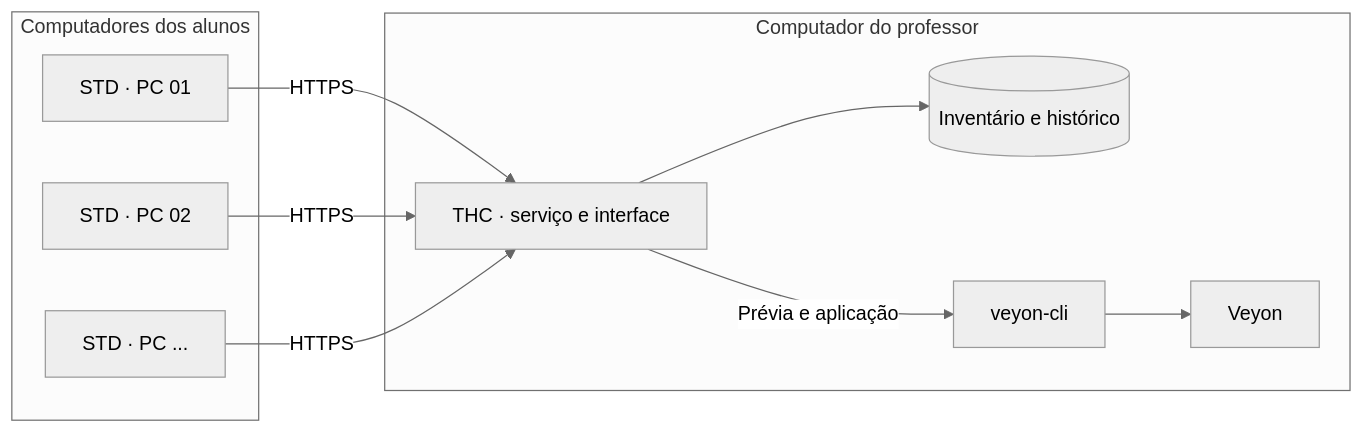
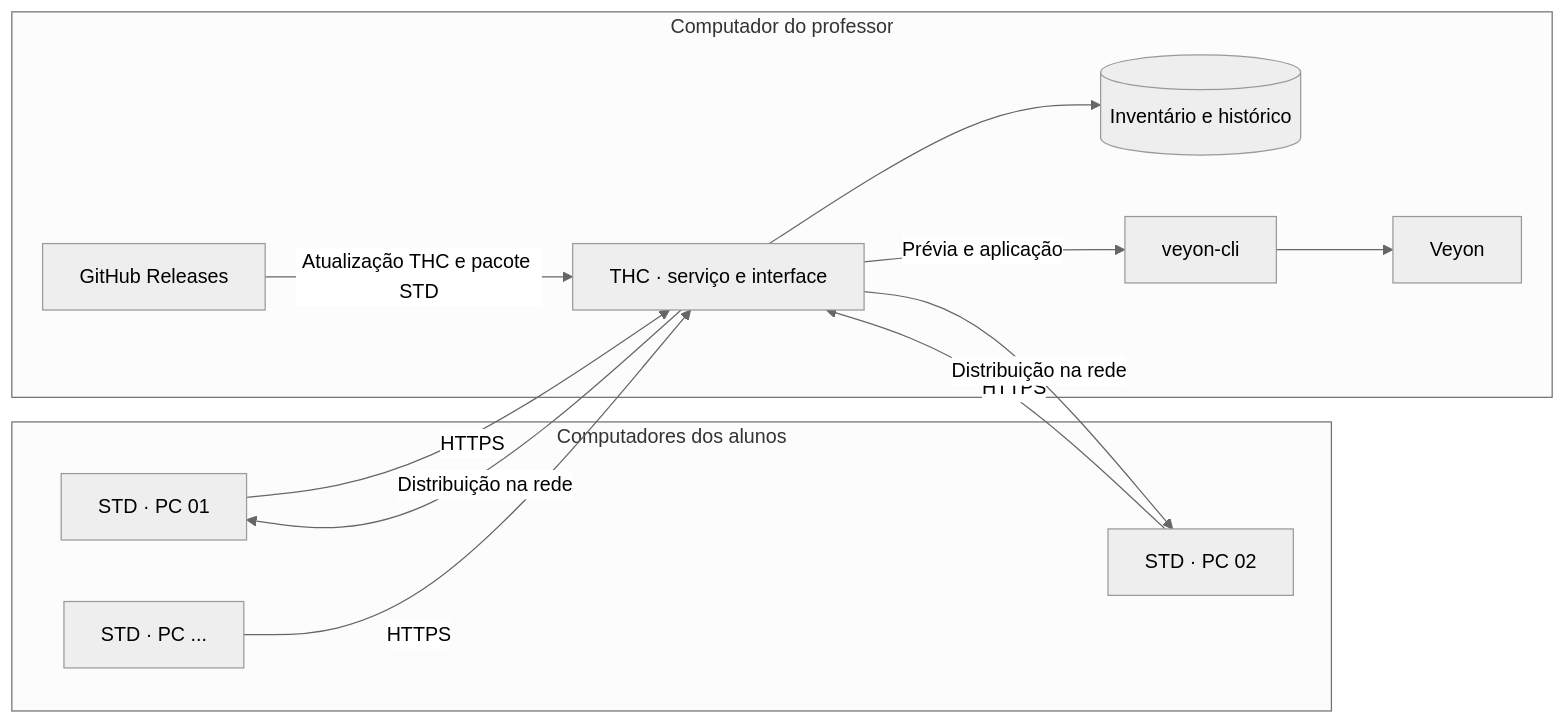
One commit to Rgc166/VeyonSync changed the diagram in README.md. Above: the diagram before and after it, drawn with Mermaid (neutral theme). The commit also changed other lines of this file and 10 other files, not shown here.

````diff
--- a/README.md
+++ b/README.md
@@ -22,22 +80,24 @@
-```mermaid
+~~~mermaid
 flowchart LR
-    subgraph ALUNOS[Computadores dos alunos]
-        STD1[STD · PC 01]
-        STD2[STD · PC 02]
-        STD3[STD · PC ...]
+    subgraph LAB["Computadores dos alunos"]
+        S1["STD · PC 01"]
+        S2["STD · PC 02"]
+        S3["STD · PC ..."]
     end
-
-    subgraph PROFESSOR[Computador do professor]
-        THC[THC · serviço e interface]
-        DB[(Inventário e histórico)]
-        CLI[veyon-cli]
-        VM[Veyon]
+    subgraph PROF["Computador do professor"]
+        T["THC · serviço e interface"]
+        DB[("Inventário e histórico")]
+        CLI["veyon-cli"]
+        VM["Veyon"]
+        GH["GitHub Releases"]
     end
-
-    STD1 -->|HTTPS| THC
-    STD2 -->|HTTPS| THC
-    STD3 -->|HTTPS| THC
-    THC --> DB
-    THC -->|Prévia e aplicação| CLI
+    S1 -->|HTTPS| T
+    S2 -->|HTTPS| T
+    S3 -->|HTTPS| T
+    T --> DB
+    T -->|Prévia e aplicação| CLI
     CLI --> VM
-```
+    GH -->|Atualização THC e pacote STD| T
+    T -->|Distribuição na rede| S1
+    T -->|Distribuição na rede| S2
+~~~
````
